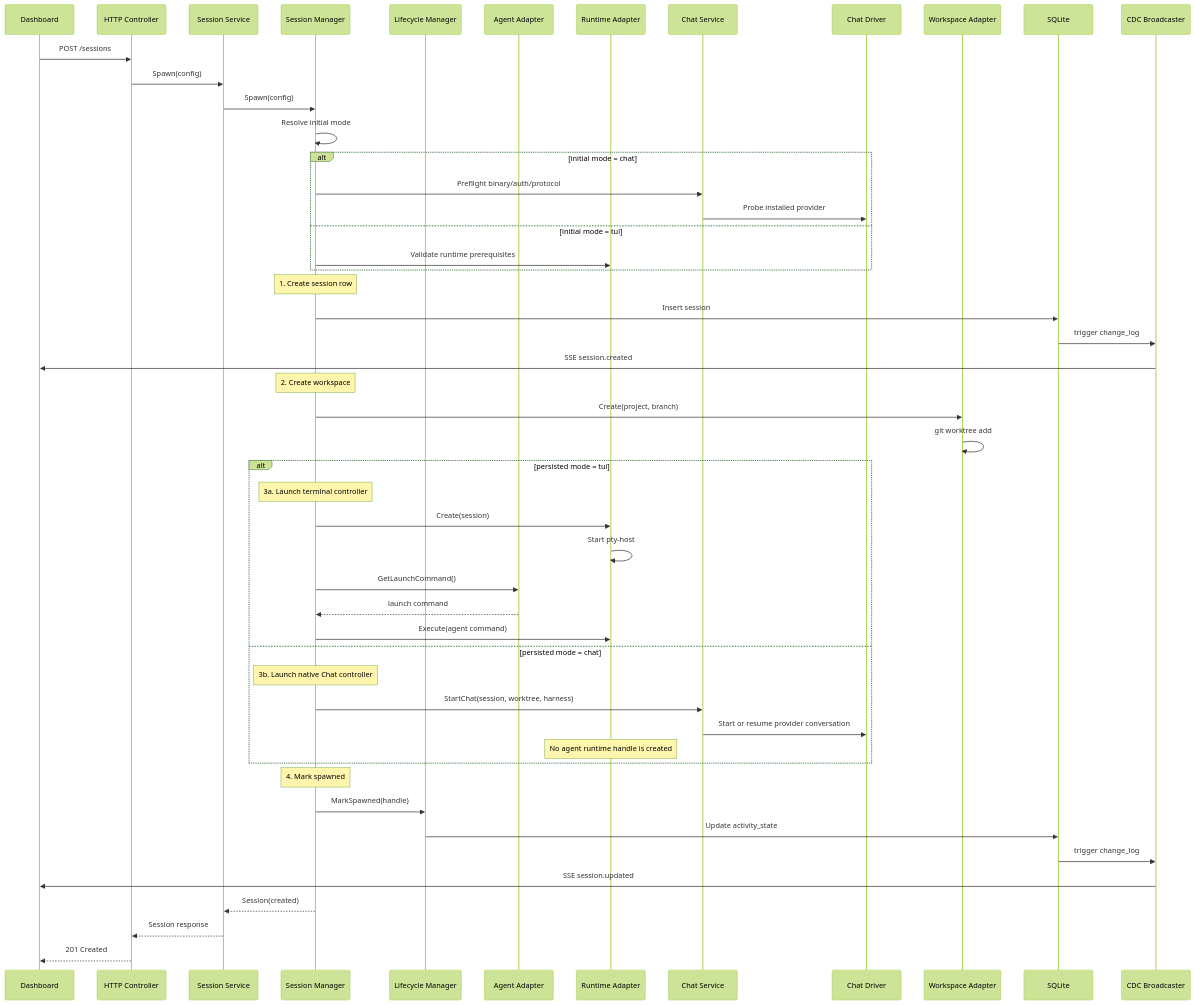
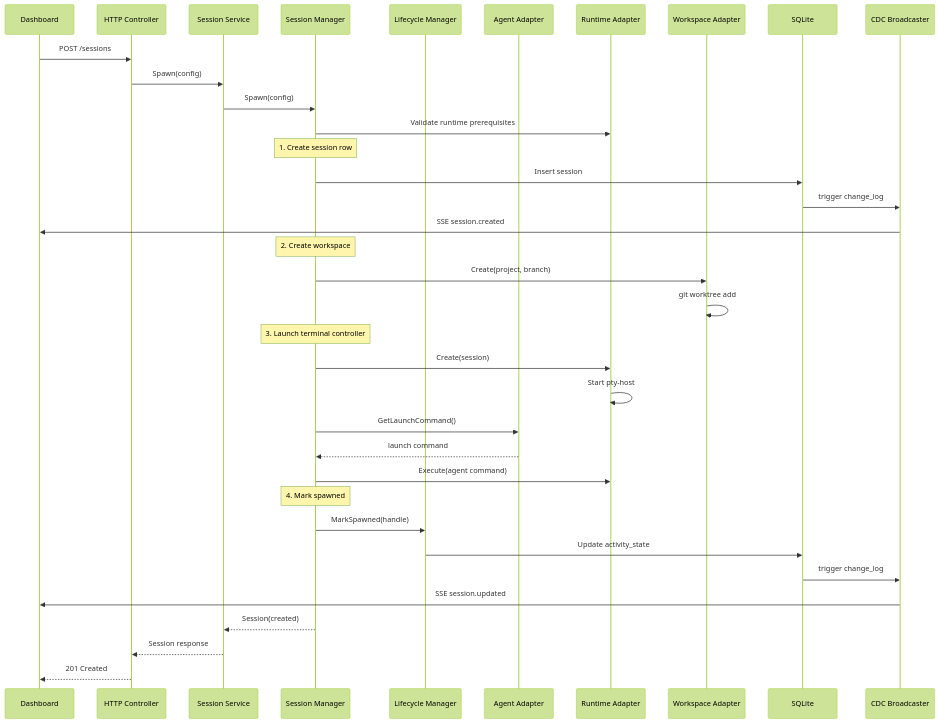
Before and after one commit to OmarAly92/Operator: the sixth of 23 diagrams in docs/architecture.md, drawn with Mermaid (forest theme). The commit also changed other lines of this file and 38 other files, not shown here.

````diff
--- a/docs/architecture.md
+++ b/docs/architecture.md
@@ -225,60 +224,45 @@
 ```mermaid
 sequenceDiagram
     participant UI as Dashboard
     participant HTTP as HTTP Controller
     participant Svc as Session Service
     participant Mgr as Session Manager
     participant LCM as Lifecycle Manager
     participant Agent as Agent Adapter
     participant Runtime as Runtime Adapter
-    participant ChatSvc as Chat Service
-    participant ChatDriver as Chat Driver
     participant WS as Workspace Adapter
     participant DB as SQLite
     participant CDC as CDC Broadcaster
 
     UI->>HTTP: POST /sessions
     HTTP->>Svc: Spawn(config)
     Svc->>Mgr: Spawn(config)
 
-    Mgr->>Mgr: Resolve initial mode
-    alt initial mode = chat
-        Mgr->>ChatSvc: Preflight binary/auth/protocol
-        ChatSvc->>ChatDriver: Probe installed provider
-    else initial mode = tui
-        Mgr->>Runtime: Validate runtime prerequisites
-    end
+    Mgr->>Runtime: Validate runtime prerequisites
 
     Note over Mgr: 1. Create session row
     Mgr->>DB: Insert session
     DB->>CDC: trigger change_log
     CDC->>UI: SSE session.created
 
     Note over Mgr: 2. Create workspace
     Mgr->>WS: Create(project, branch)
     WS->>WS: git worktree add
 
-    alt persisted mode = tui
-        Note over Mgr: 3a. Launch terminal controller
-        Mgr->>Runtime: Create(session)
-        Runtime->>Runtime: Start pty-host
-        Mgr->>Agent: GetLaunchCommand()
-        Agent-->>Mgr: launch command
-        Mgr->>Runtime: Execute(agent command)
-    else persisted mode = chat
-        Note over Mgr: 3b. Launch native Chat controller
-        Mgr->>ChatSvc: StartChat(session, worktree, harness)
-        ChatSvc->>ChatDriver: Start or resume provider conversation
-        Note over Runtime: No agent runtime handle is created
-    end
+    Note over Mgr: 3. Launch terminal controller
+    Mgr->>Runtime: Create(session)
+    Runtime->>Runtime: Start pty-host
+    Mgr->>Agent: GetLaunchCommand()
+    Agent-->>Mgr: launch command
+    Mgr->>Runtime: Execute(agent command)
 
     Note over Mgr: 4. Mark spawned
     Mgr->>LCM: MarkSpawned(handle)
     LCM->>DB: Update activity_state
     DB->>CDC: trigger change_log
     CDC->>UI: SSE session.updated
 
     Mgr-->>Svc: Session(created)
     Svc-->>HTTP: Session response
     HTTP-->>UI: 201 Created
 ```
````
